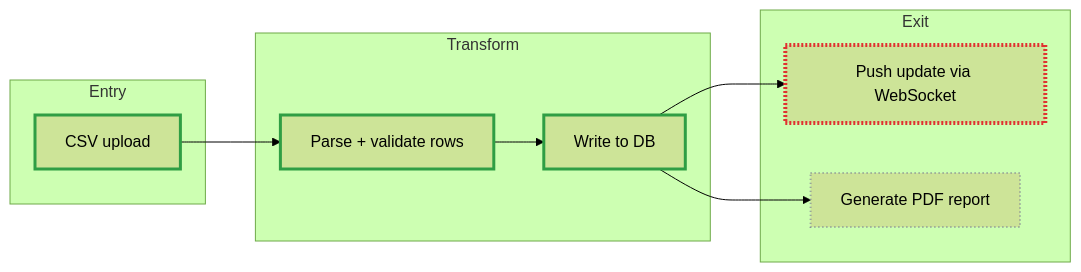
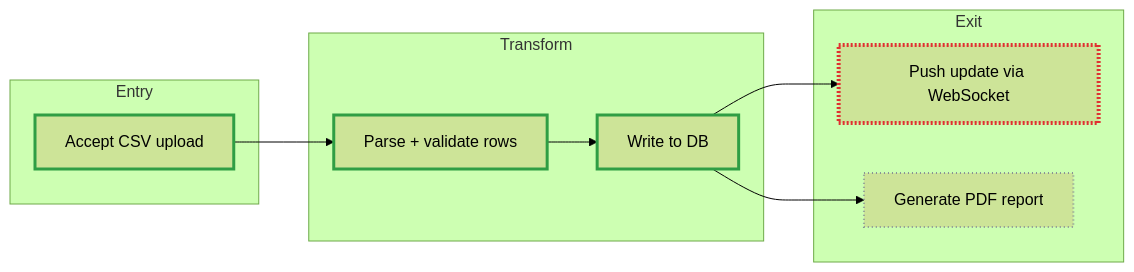
One commit to AntonyM71/Lumberjack changed the fifth of 5 diagrams in skills/reality-check/references/mermaid-patterns.md. Above: the diagram before and after it, drawn with Mermaid (forest theme). The commit also changed other lines of this file and 5 other files, not shown here.

````diff
--- a/skills/reality-check/references/mermaid-patterns.md
+++ b/skills/reality-check/references/mermaid-patterns.md
@@ -181,22 +200,22 @@
 ```mermaid
 flowchart LR
     classDef ciGreen stroke:#2f9e44,stroke-width:3px;
     classDef ciAmber stroke:#f08c00,stroke-width:3px,stroke-dasharray: 4 2;
     classDef ciRed   stroke:#e03131,stroke-width:4px,stroke-dasharray: 2 2;
     classDef ciGrey  stroke:#868e96,stroke-width:2px,stroke-dasharray: 1 3;
 
     subgraph Entry
-        upload["CSV upload"]:::ciGreen
+        upload["Accept CSV upload"]:::ciGreen
     end
     subgraph Transform
         parse["Parse + validate rows"]:::ciGreen
         persist["Write to DB"]:::ciGreen
     end
     subgraph Exit
         notify["Push update via WebSocket"]:::ciRed
         pdf["Generate PDF report"]:::ciGrey
     end
 
     upload --> parse --> persist --> notify
     persist --> pdf
 ```
````
